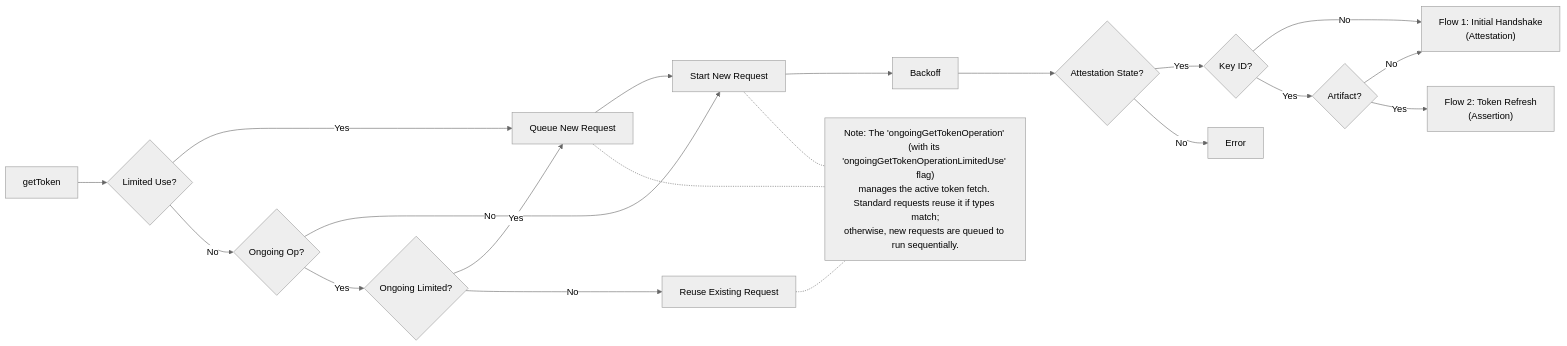
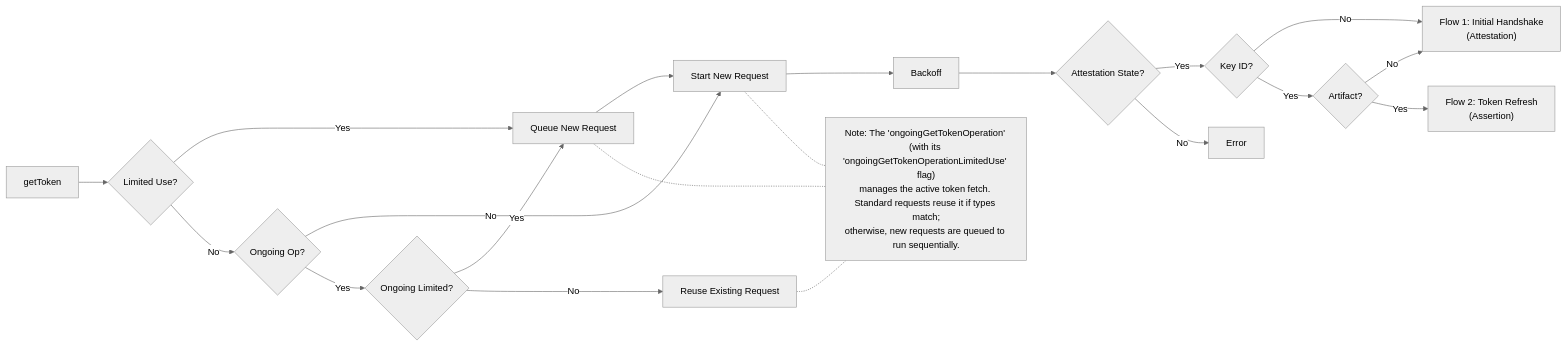
Before and after one commit to google/app-check: the first of 4 diagrams in docs/providers/app-attest.md, drawn with Mermaid (neutral theme).

````diff
--- a/docs/providers/app-attest.md
+++ b/docs/providers/app-attest.md
@@ -31,33 +31,33 @@
 ```mermaid
-%%{init: {"flowchart": {"diagramPadding": 130}}}%%
+%%{init: {"flowchart": {"diagramPadding": 140}}}%%
 flowchart LR
     Start[getToken] --> CheckUse{Limited Use?}
     
     CheckUse -- Yes --> Queue[Queue New Request]
     CheckUse -- No --> Coalesce{Ongoing Op?}
     
     Coalesce -- No --> StartNew[Start New Request]
     Coalesce -- Yes --> CheckOngoing{Ongoing Limited?}
     
     CheckOngoing -- Yes --> Queue
     CheckOngoing -- No --> Reuse[Reuse Existing Request]
     
     Queue --> StartNew
     StartNew --> Backoff[Backoff]
     
     Backoff --> StateCheck{Attestation State?}
     
     StateCheck -->|Yes| KeyCheck{Key ID?}
     
     KeyCheck -- No --> Flow1["Flow 1: Initial Handshake <br/> (Attestation)"]
     KeyCheck -- Yes --> ArtifactCheck{Artifact?}
     
     ArtifactCheck -- No --> Flow1
     ArtifactCheck -- Yes --> Flow2["Flow 2: Token Refresh <br/> (Assertion)"]
 
     StateCheck -->|No| Error[Error]
 
     Reuse -.- Footnote["Note: The 'ongoingGetTokenOperation' (with its 'ongoingGetTokenOperationLimitedUse' flag)<br/>manages the active token fetch. Standard requests reuse it if types match;<br/>otherwise, new requests are queued to run sequentially."]
     Queue -.- Footnote
     StartNew -.- Footnote
 ```
````
